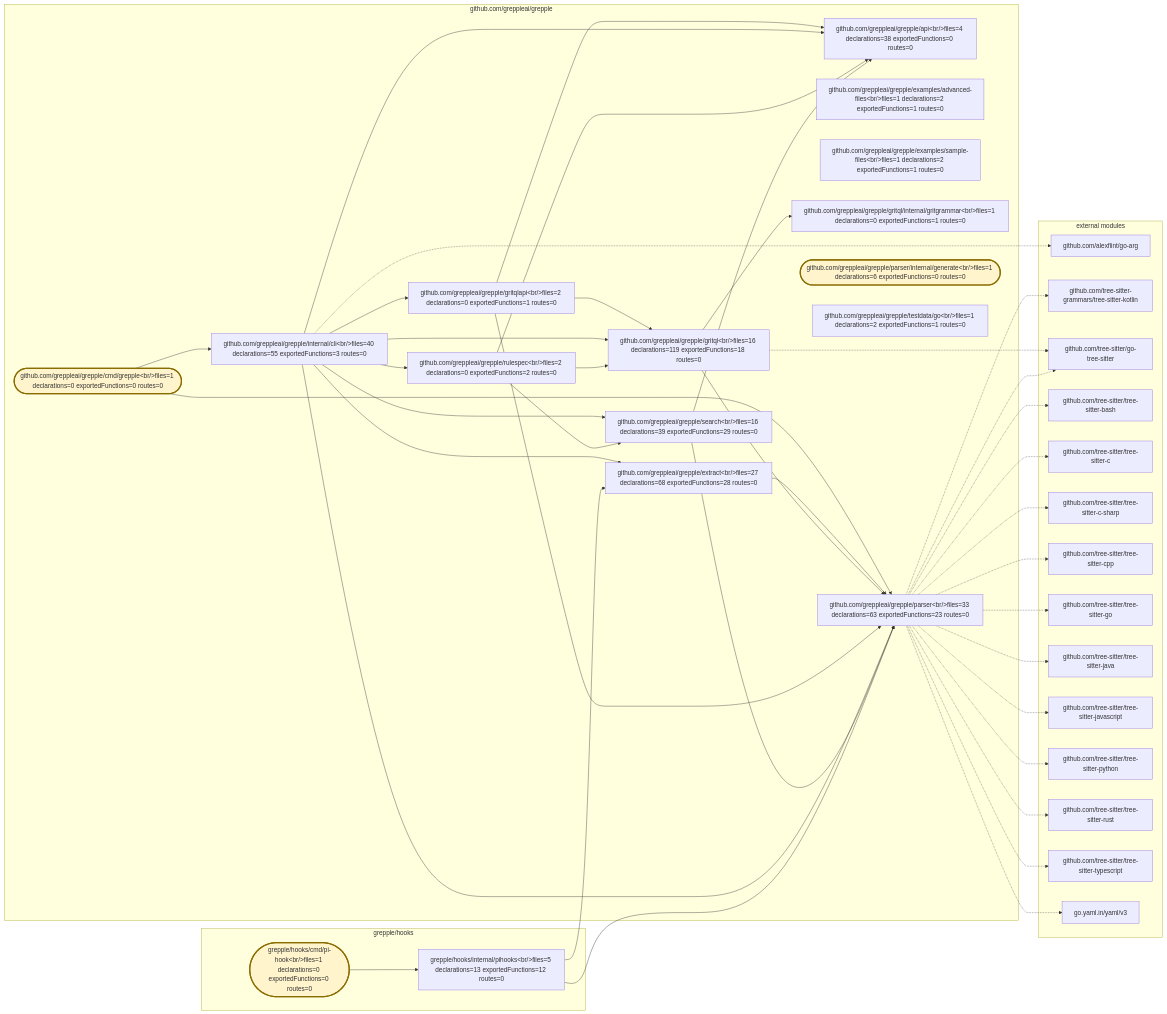
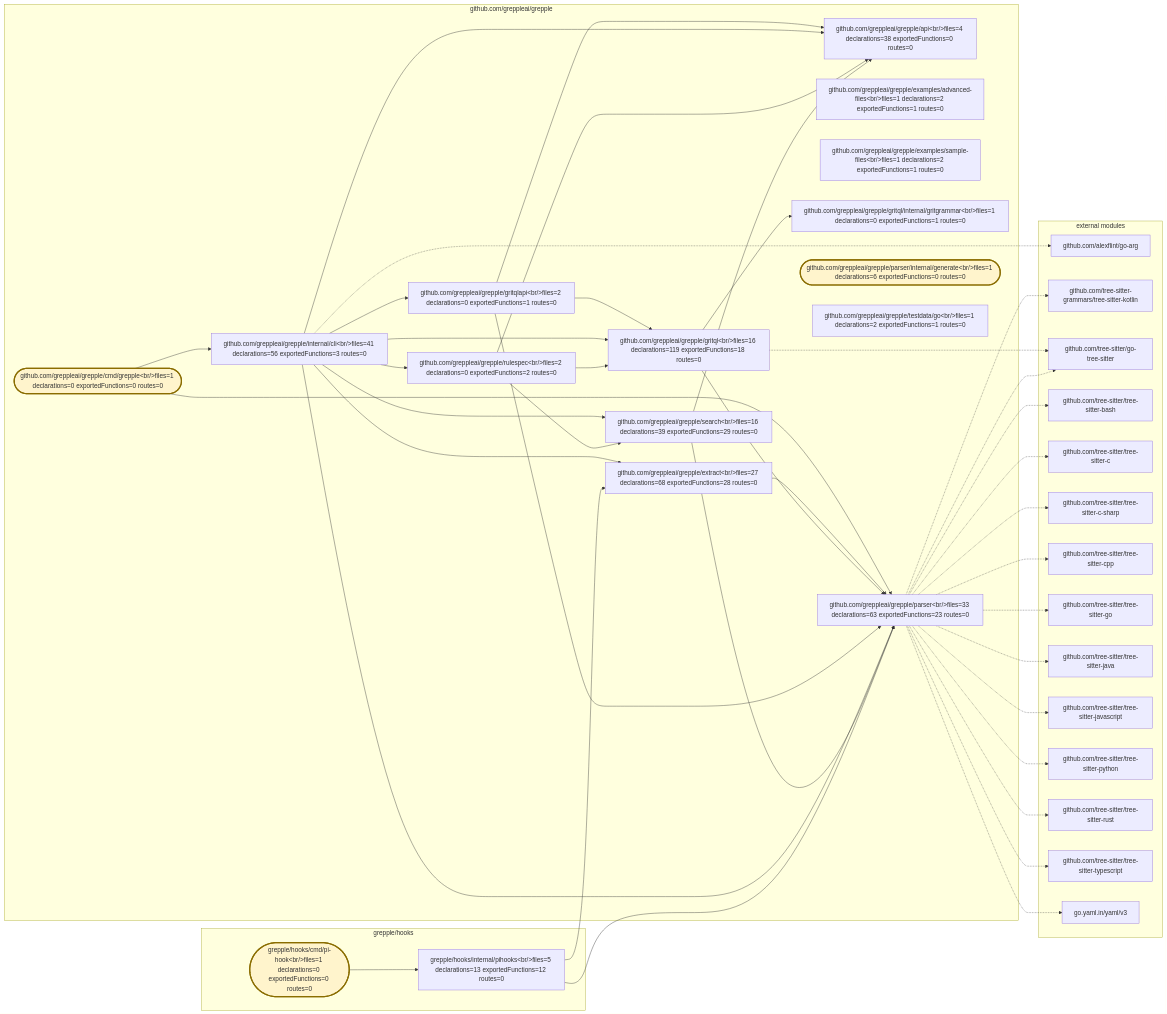
Before and after one commit to greppleai/grepple: the diagram in .grepple/project.workspace/overview.mmd, drawn with Mermaid. The commit also changed 11 other files, not shown here.

```diff
--- a/.grepple/project.workspace/overview.mmd
+++ b/.grepple/project.workspace/overview.mmd
@@ -1,79 +1,79 @@
 flowchart LR
     classDef entrypoint fill:#fff4cc,stroke:#8a6d00,stroke-width:3px
     subgraph module_0["github.com/greppleai/grepple"]
         package_0["github.com/greppleai/grepple/api&lt;br/&gt;files=4 declarations=38 exportedFunctions=0 routes=0"]
         package_1(["github.com/greppleai/grepple/cmd/grepple&lt;br/&gt;files=1 declarations=0 exportedFunctions=0 routes=0"])
         class package_1 entrypoint
         package_2["github.com/greppleai/grepple/examples/advanced-files&lt;br/&gt;files=1 declarations=2 exportedFunctions=1 routes=0"]
         package_3["github.com/greppleai/grepple/examples/sample-files&lt;br/&gt;files=1 declarations=2 exportedFunctions=1 routes=0"]
         package_4["github.com/greppleai/grepple/extract&lt;br/&gt;files=27 declarations=68 exportedFunctions=28 routes=0"]
         package_5["github.com/greppleai/grepple/gritql&lt;br/&gt;files=16 declarations=119 exportedFunctions=18 routes=0"]
         package_6["github.com/greppleai/grepple/gritql/internal/gritgrammar&lt;br/&gt;files=1 declarations=0 exportedFunctions=1 routes=0"]
         package_7["github.com/greppleai/grepple/gritqlapi&lt;br/&gt;files=2 declarations=0 exportedFunctions=1 routes=0"]
-        package_8["github.com/greppleai/grepple/internal/cli&lt;br/&gt;files=40 declarations=55 exportedFunctions=3 routes=0"]
+        package_8["github.com/greppleai/grepple/internal/cli&lt;br/&gt;files=41 declarations=56 exportedFunctions=3 routes=0"]
         package_9["github.com/greppleai/grepple/parser&lt;br/&gt;files=33 declarations=63 exportedFunctions=23 routes=0"]
         package_10(["github.com/greppleai/grepple/parser/internal/generate&lt;br/&gt;files=1 declarations=6 exportedFunctions=0 routes=0"])
         class package_10 entrypoint
         package_11["github.com/greppleai/grepple/rulespec&lt;br/&gt;files=2 declarations=0 exportedFunctions=2 routes=0"]
         package_12["github.com/greppleai/grepple/search&lt;br/&gt;files=16 declarations=39 exportedFunctions=29 routes=0"]
         package_13["github.com/greppleai/grepple/testdata/go&lt;br/&gt;files=1 declarations=2 exportedFunctions=1 routes=0"]
     end
     subgraph module_1["grepple/hooks"]
         package_14(["grepple/hooks/cmd/pi-hook&lt;br/&gt;files=1 declarations=0 exportedFunctions=0 routes=0"])
         class package_14 entrypoint
         package_15["grepple/hooks/internal/pihooks&lt;br/&gt;files=5 declarations=13 exportedFunctions=12 routes=0"]
     end
     package_1 --> package_8
     package_1 --> package_9
     package_4 --> package_9
     package_5 --> package_6
     package_5 --> package_9
     package_7 --> package_0
     package_7 --> package_5
     package_7 --> package_9
     package_8 --> package_0
     package_8 --> package_4
     package_8 --> package_5
     package_8 --> package_7
     package_8 --> package_9
     package_8 --> package_11
     package_8 --> package_12
     package_11 --> package_0
     package_11 --> package_5
     package_11 --> package_12
     package_12 --> package_0
     package_12 --> package_9
     package_14 --> package_15
     package_15 --> package_4
     package_15 --> package_9
     subgraph external_dependencies["external modules"]
         external_0["github.com/alexflint/go-arg"]
         external_1["github.com/tree-sitter-grammars/tree-sitter-kotlin"]
         external_2["github.com/tree-sitter/go-tree-sitter"]
         external_3["github.com/tree-sitter/tree-sitter-bash"]
         external_4["github.com/tree-sitter/tree-sitter-c"]
         external_5["github.com/tree-sitter/tree-sitter-c-sharp"]
         external_6["github.com/tree-sitter/tree-sitter-cpp"]
         external_7["github.com/tree-sitter/tree-sitter-go"]
         external_8["github.com/tree-sitter/tree-sitter-java"]
         external_9["github.com/tree-sitter/tree-sitter-javascript"]
         external_10["github.com/tree-sitter/tree-sitter-python"]
         external_11["github.com/tree-sitter/tree-sitter-rust"]
         external_12["github.com/tree-sitter/tree-sitter-typescript"]
         external_13["go.yaml.in/yaml/v3"]
     end
     package_8 -.-> external_0
     package_9 -.-> external_1
     package_5 -.-> external_2
     package_9 -.-> external_2
     package_9 -.-> external_3
     package_9 -.-> external_4
     package_9 -.-> external_5
     package_9 -.-> external_6
     package_9 -.-> external_7
     package_9 -.-> external_8
     package_9 -.-> external_9
     package_9 -.-> external_10
     package_9 -.-> external_11
     package_9 -.-> external_12
     package_9 -.-> external_13
```
